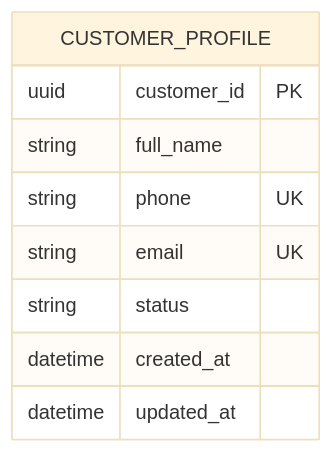
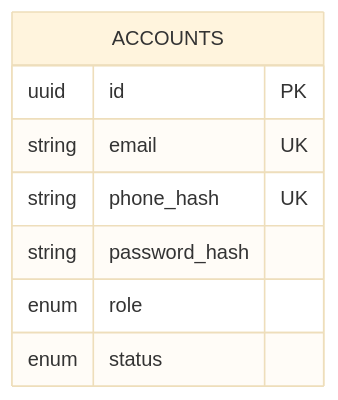
Before and after one commit to vthaix/23674231_TranVanThai_Cabsystem: the second of 7 diagrams in microservice_design.md, drawn with Mermaid (base theme). The commit also changed other lines of this file and 3 other files, not shown here.

````diff
--- a/microservice_design.md
+++ b/microservice_design.md
@@ -617,12 +228,11 @@
 ```mermaid
 erDiagram
-    CUSTOMER_PROFILE {
-        uuid customer_id PK
-        string full_name
-        string phone UK
+    ACCOUNTS {
+        uuid id PK
         string email UK
-        string status
-        datetime created_at
-        datetime updated_at
+        string phone_hash UK
+        string password_hash
+        enum role
+        enum status
     }
 ```
````
